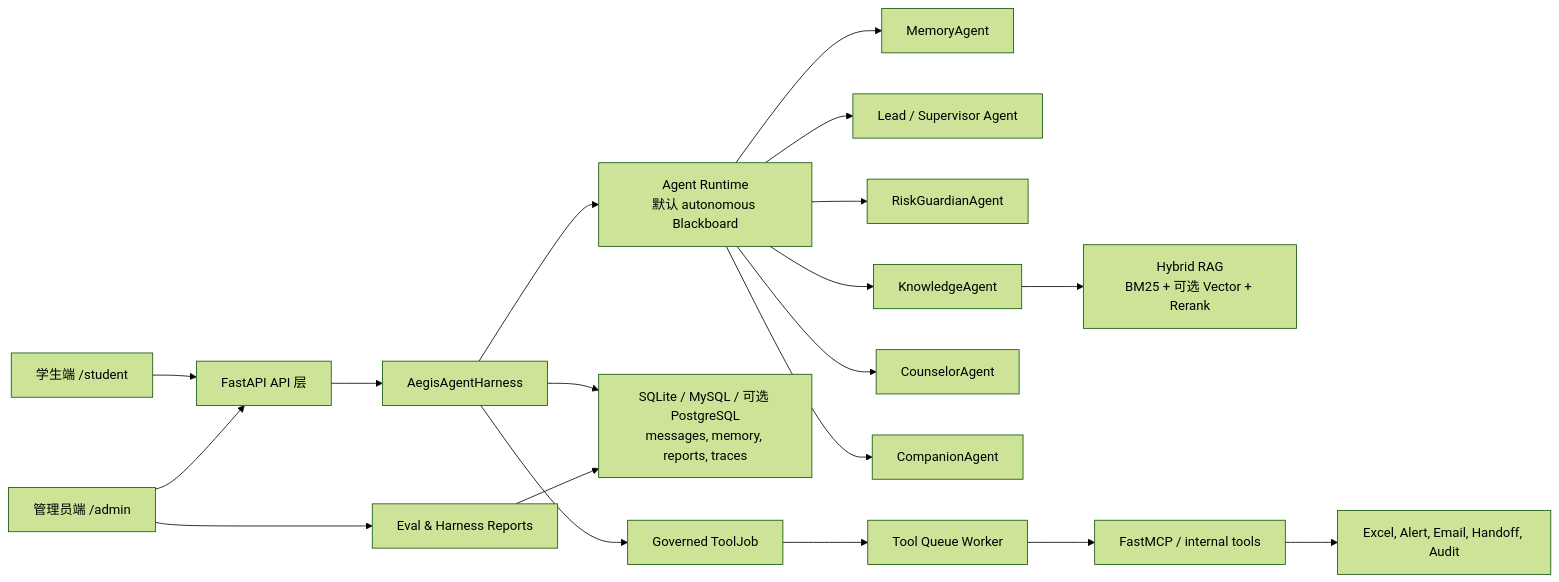
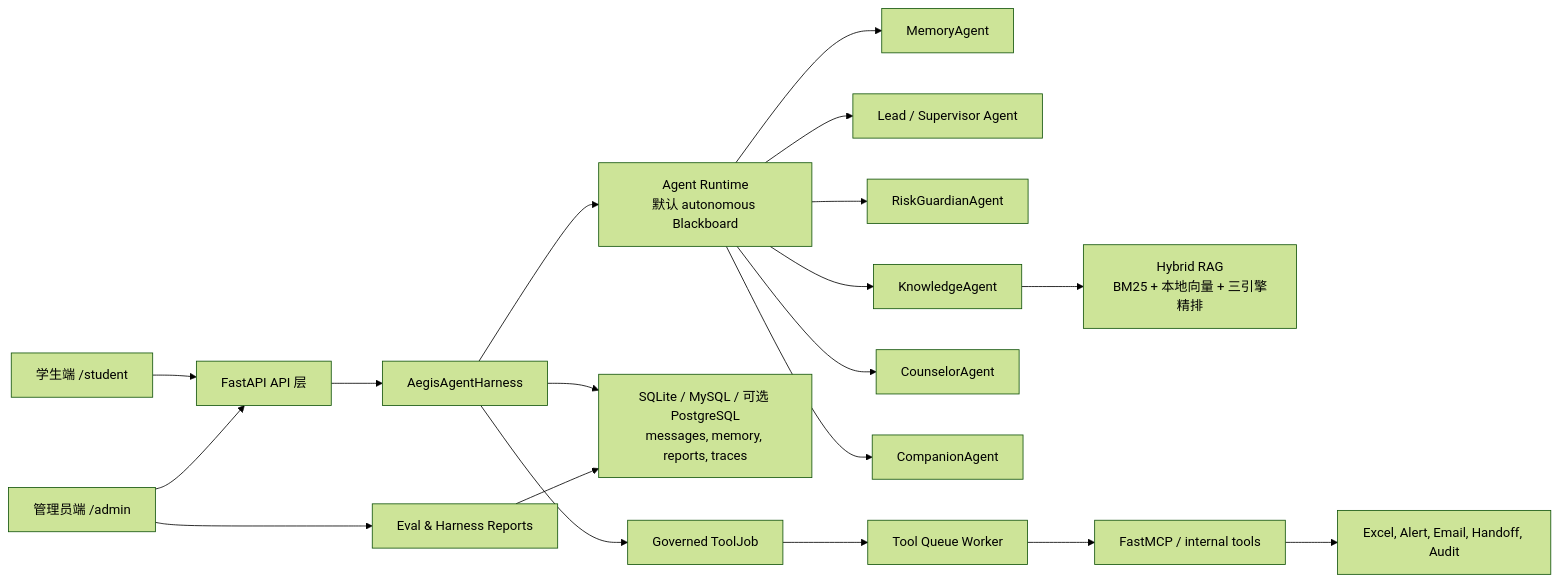
The diagram in README.md (shangguanyunji663/Aegis-agent), drawn with Mermaid (forest theme) before and after one commit. The commit also changed other lines of this file and 175 other files, not shown here.

````diff
--- a/README.md
+++ b/README.md
@@ -100,25 +100,25 @@
 ```mermaid
 flowchart LR
     Student["学生端 /student"] --> API["FastAPI API 层"]
     Admin["管理员端 /admin"] --> API
 
     API --> Harness["AegisAgentHarness"]
     Harness --> Runtime["Agent Runtime<br/>默认 autonomous Blackboard"]
 
     Runtime --> Memory["MemoryAgent"]
     Runtime --> Lead["Lead / Supervisor Agent"]
     Runtime --> Risk["RiskGuardianAgent"]
     Runtime --> Knowledge["KnowledgeAgent"]
     Runtime --> Counselor["CounselorAgent"]
     Runtime --> Companion["CompanionAgent"]
 
-    Knowledge --> RAG["Hybrid RAG<br/>BM25 + 可选 Vector + Rerank"]
+    Knowledge --> RAG["Hybrid RAG<br/>BM25 + 本地向量 + 三引擎精排"]
     Harness --> Store["SQLite / MySQL / 可选 PostgreSQL<br/>messages, memory, reports, traces"]
     Harness --> ToolPlan["Governed ToolJob"]
     ToolPlan --> Queue["Tool Queue Worker"]
     Queue --> MCP["FastMCP / internal tools"]
     MCP --> Outputs["Excel, Alert, Email, Handoff, Audit"]
 
     Admin --> Eval["Eval & Harness Reports"]
     Eval --> Store
 ```
````
